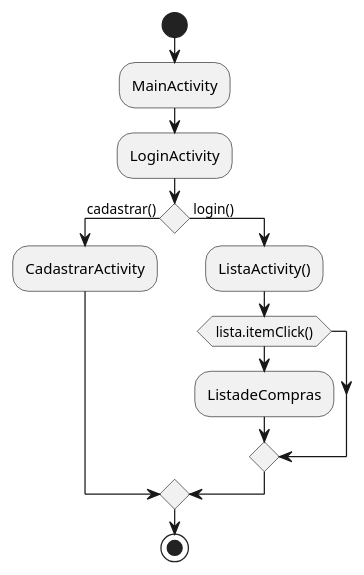
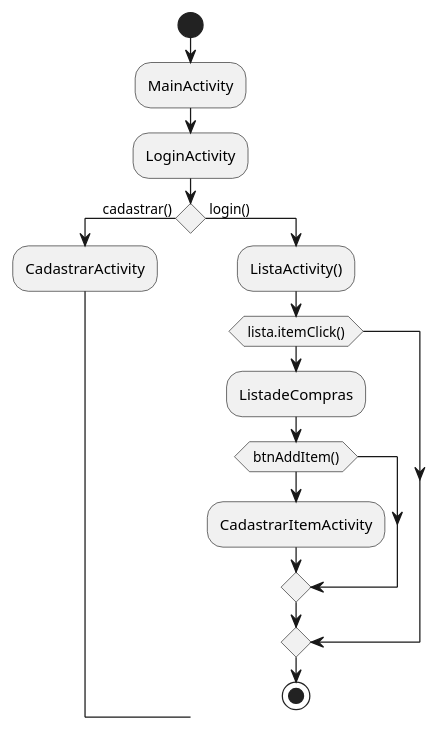
The diagram in app/src/main/java/com/feldmann/projetofinalcdm/docs/diagrama_de_activity.puml (FFeldmannR/ProjetoFinalCDM), drawn with PlantUML before and after one commit.

Commit message:
docs/ atualizado diagrama de activity

```diff
--- a/app/src/main/java/com/feldmann/projetofinalcdm/docs/diagrama_de_activity.puml
+++ b/app/src/main/java/com/feldmann/projetofinalcdm/docs/diagrama_de_activity.puml
@@ -1,17 +1,19 @@
 @startuml
 'https://plantuml.com/activity-diagram-beta
 
 start
     :MainActivity;
     :LoginActivity;
     if () then ( cadastrar() )
         :CadastrarActivity;
     else ( login() )
         :ListaActivity();
         if ( lista.itemClick() )
           :ListadeCompras;
+          if ( btnAddItem() ) then
+            :CadastrarItemActivity;
+            endif
         endif
-    endif
 stop
 
 @enduml
```
